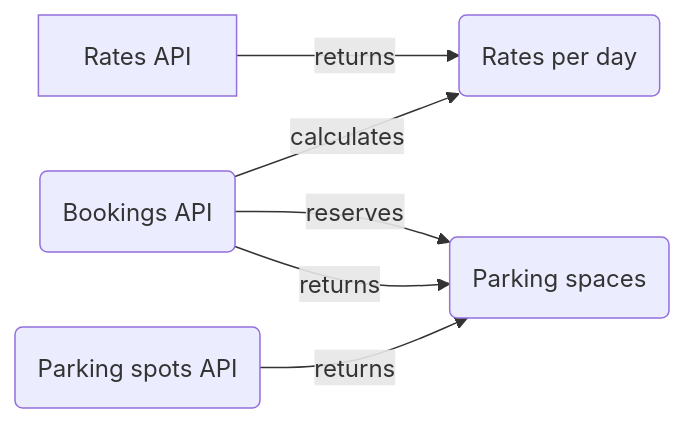
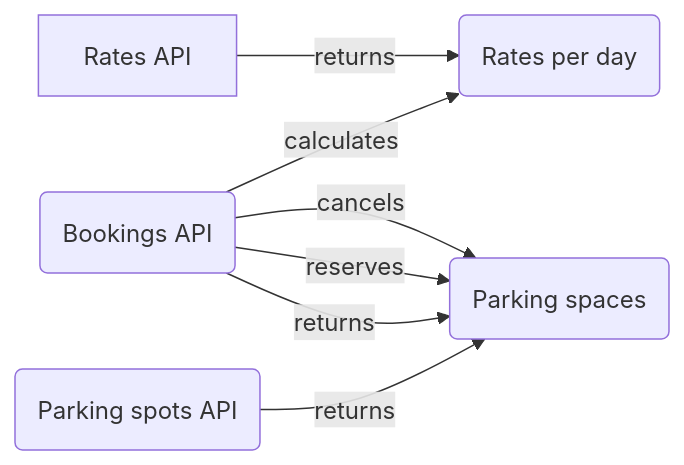
The diagram in README.md (alsyedz-examples/parking-system), drawn with Mermaid before and after one commit.

````diff
--- a/README.md
+++ b/README.md
@@ -3,14 +3,15 @@
 ```mermaid
 graph LR
 A[Rates API]
 B(Rates per day)
 C(Parking spots API)
 D(Parking spaces)
 E(Bookings API)
 
 A -- returns --> B
 C -- returns --> D
 E -- returns --> D
 E -- reserves --> D
+E -- cancels --> D
 E -- calculates --> B
 ```
````
